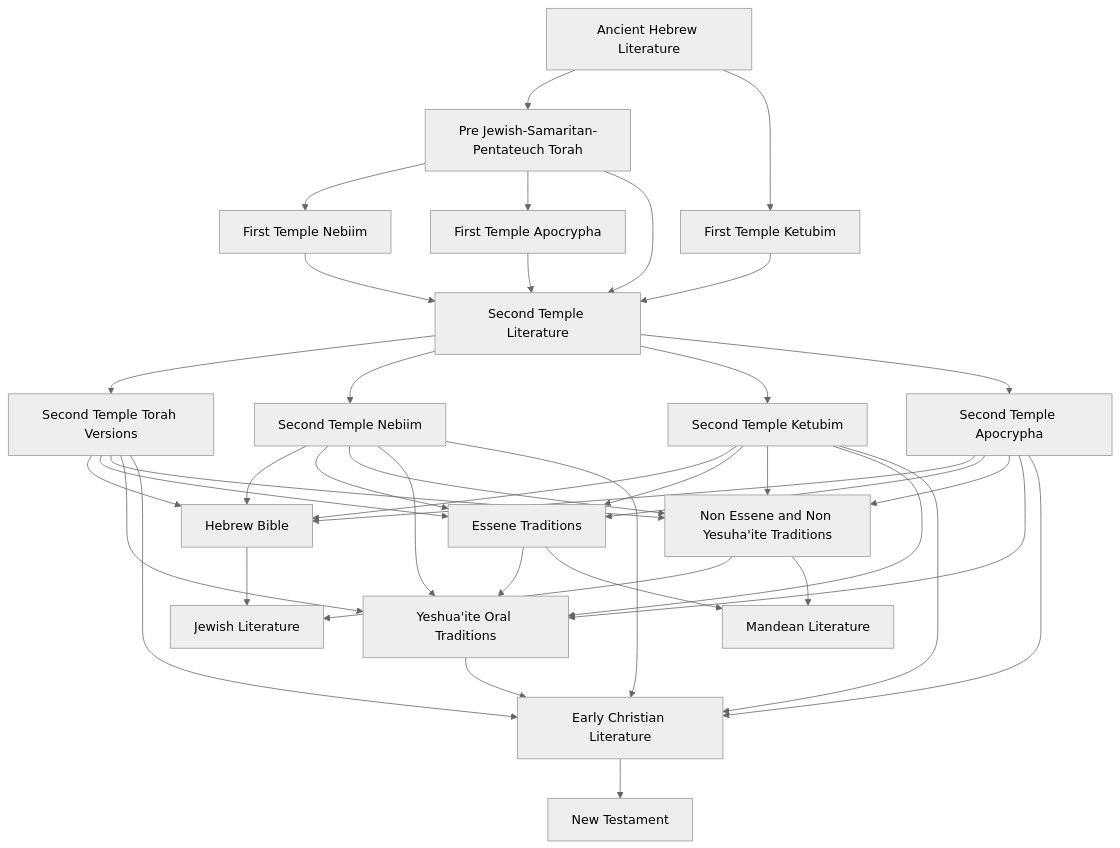
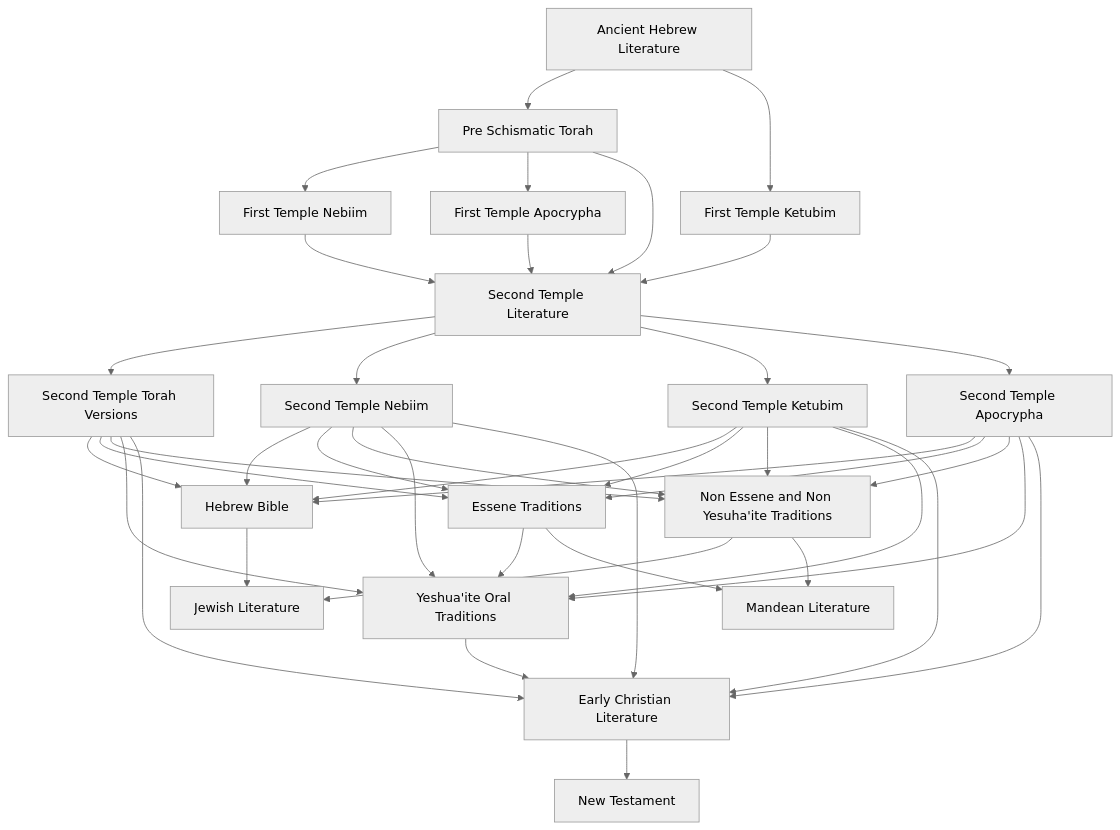
One commit to bendqh1/mermaid changed the diagram in judeo_christian_religious_literature.mermaid. Above: the diagram before and after it, drawn with Mermaid (neutral theme).

```diff
--- a/judeo_christian_religious_literature.mermaid
+++ b/judeo_christian_religious_literature.mermaid
@@ -1,24 +1,24 @@
 flowchart TD
     A1[Ancient Hebrew Literature]
-    A1 --> A2[Pre Jewish-Samaritan-Pentateuch Torah]
+    A1 --> A2[Pre Schismatic Torah]
     A2 --> A3[First Temple Nebiim] 
     A1 --> A4[First Temple Ketubim]
     A2 --> A5[First Temple Apocrypha]
     
     A2 & A3 & A4 & A5 --> B1[Second Temple Literature]
 
     B1 --> B2[Second Temple Torah Versions]
     B1 --> B3[Second Temple Nebiim]
     B1 --> B4[Second Temple Ketubim]
     B1 --> B5[Second Temple Apocrypha]
 
     B2 & B3 & B4 & B5 --> C1[Hebrew Bible]
     B2 & B3 & B4 & B5 --> C2[Essene Traditions]
     B2 & B3 & B4 & B5 --> C3[Non Essene and Non Yesuha'ite Traditions]
     B2 & B3 & B4 & B5 & C2 --> C4[Yeshua'ite Oral Traditions]
 
     C1 & C3 --> D1[Jewish Literature]
     C2 & C3 --> D2[Mandean Literature]
     B2 & B3 & B4 & B5 & C4 --> D3[Early Christian Literature]
 
     D3 --> E1[New Testament]
```
